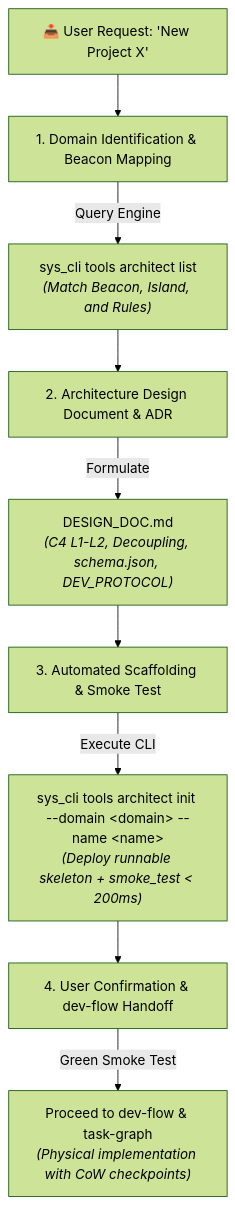
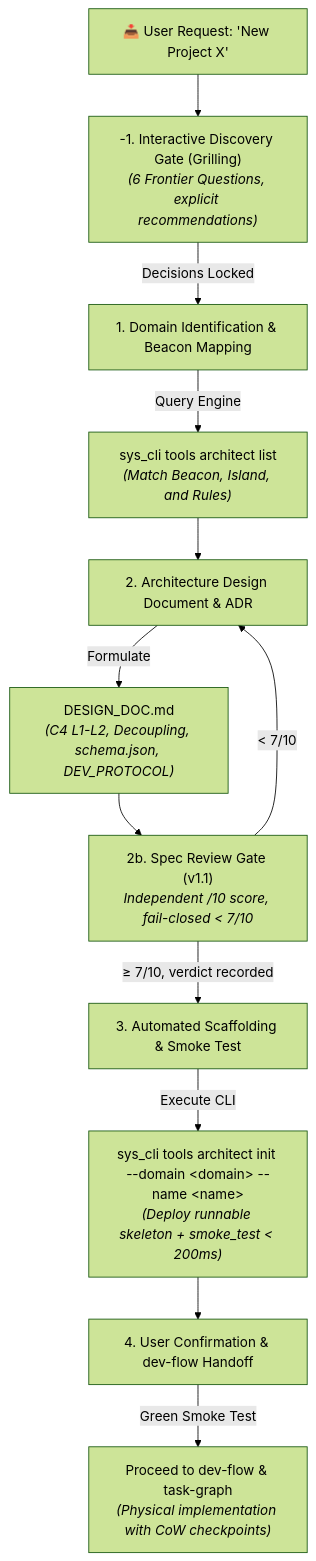
Before and after one commit to KornAnd/and-os-core: the diagram in and_os/lib/skills/system-architect/SKILL.md, drawn with Mermaid (forest theme). The commit also changed other lines of this file and 222 other files, not shown here.

````diff
--- a/and_os/lib/skills/system-architect/SKILL.md
+++ b/and_os/lib/skills/system-architect/SKILL.md
@@ -48,15 +49,18 @@
 ```mermaid
 flowchart TD
-    REQ["📥 User Request: 'New Project X'"] --> P1["1. Domain Identification & Beacon Mapping"]
+    REQ["📥 User Request: 'New Project X'"] --> P0["-1. Interactive Discovery Gate (Grilling)<br/><i>(6 Frontier Questions, explicit recommendations)</i>"]
     
+    P0 -->|Decisions Locked| P1["1. Domain Identification & Beacon Mapping"]
     P1 -->|Query Engine| S1["sys_cli tools architect list<br/><i>(Match Beacon, Island, and Rules)</i>"]
     
     S1 --> P2["2. Architecture Design Document & ADR"]
     P2 -->|Formulate| S2["DESIGN_DOC.md<br/><i>(C4 L1-L2, Decoupling, schema.json, DEV_PROTOCOL)</i>"]
     
-    S2 --> P3["3. Automated Scaffolding & Smoke Test"]
+    S2 --> P2G["2b. Spec Review Gate (v1.1)<br/><i>Independent /10 score, fail-closed &lt; 7/10</i>"]
+    P2G -->|≥ 7/10, verdict recorded| P3["3. Automated Scaffolding & Smoke Test"]
+    P2G -->|&lt; 7/10| P2
     P3 -->|Execute CLI| S3["sys_cli tools architect init --domain &lt;domain&gt; --name &lt;name&gt;<br/><i>(Deploy runnable skeleton + smoke_test &lt; 200ms)</i>"]
     
     S3 --> P4["4. User Confirmation & dev-flow Handoff"]
     P4 -->|Green Smoke Test| HANDOFF["Proceed to dev-flow & task-graph<br/><i>(Physical implementation with CoW checkpoints)</i>"]
 ```
````
